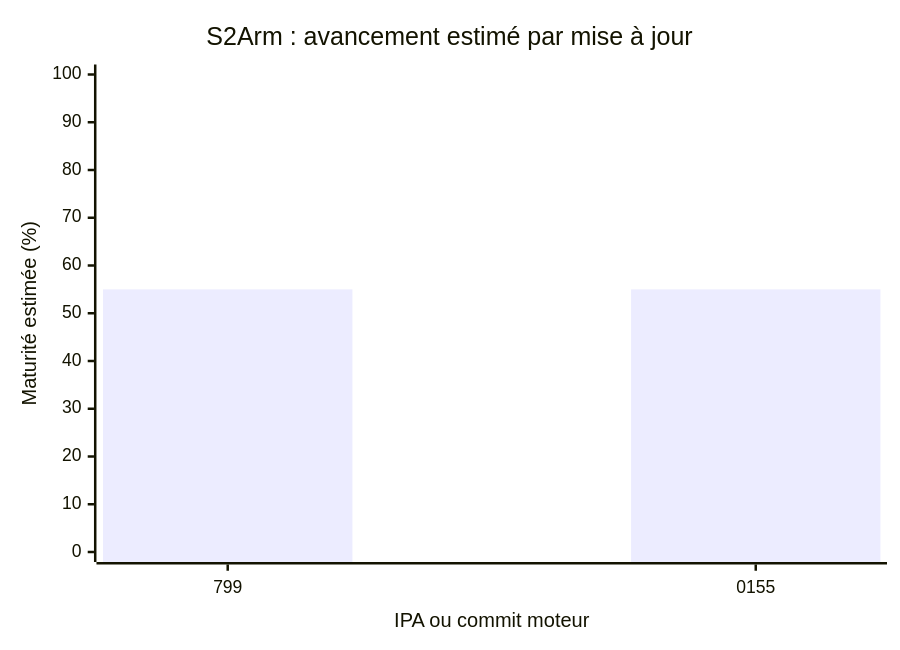
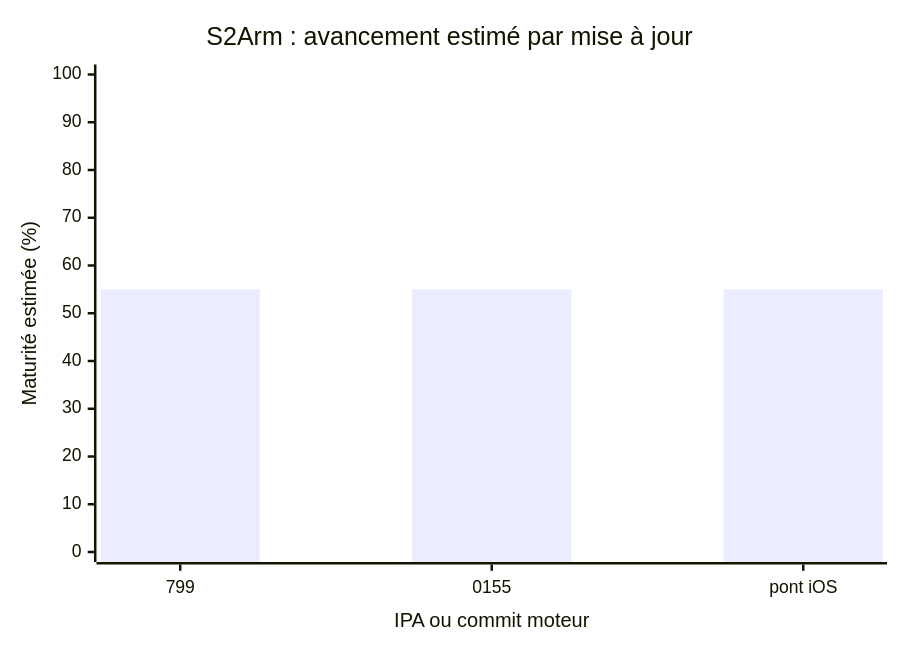
Before and after one commit to TarbleFR/RewindBox: the diagram in docs/AI_TASK_BOARD.md, drawn with Mermaid. The commit also changed other lines of this file and 2 other files, not shown here.

Commit message:
[s2arm-bridge] Measure graphics preparation and evidence export separately on device

````diff
--- a/docs/AI_TASK_BOARD.md
+++ b/docs/AI_TASK_BOARD.md
@@ -25,7 +25,7 @@
 ```mermaid
 xychart-beta
     title "S2Arm : avancement estimé par mise à jour"
-    x-axis "IPA ou commit moteur" ["799", "0155"]
+    x-axis "IPA ou commit moteur" ["799", "0155", "pont iOS"]
     y-axis "Maturité estimée (%)" 0 --> 100
-    bar [55, 55]
+    bar [55, 55, 55]
 ```
````
